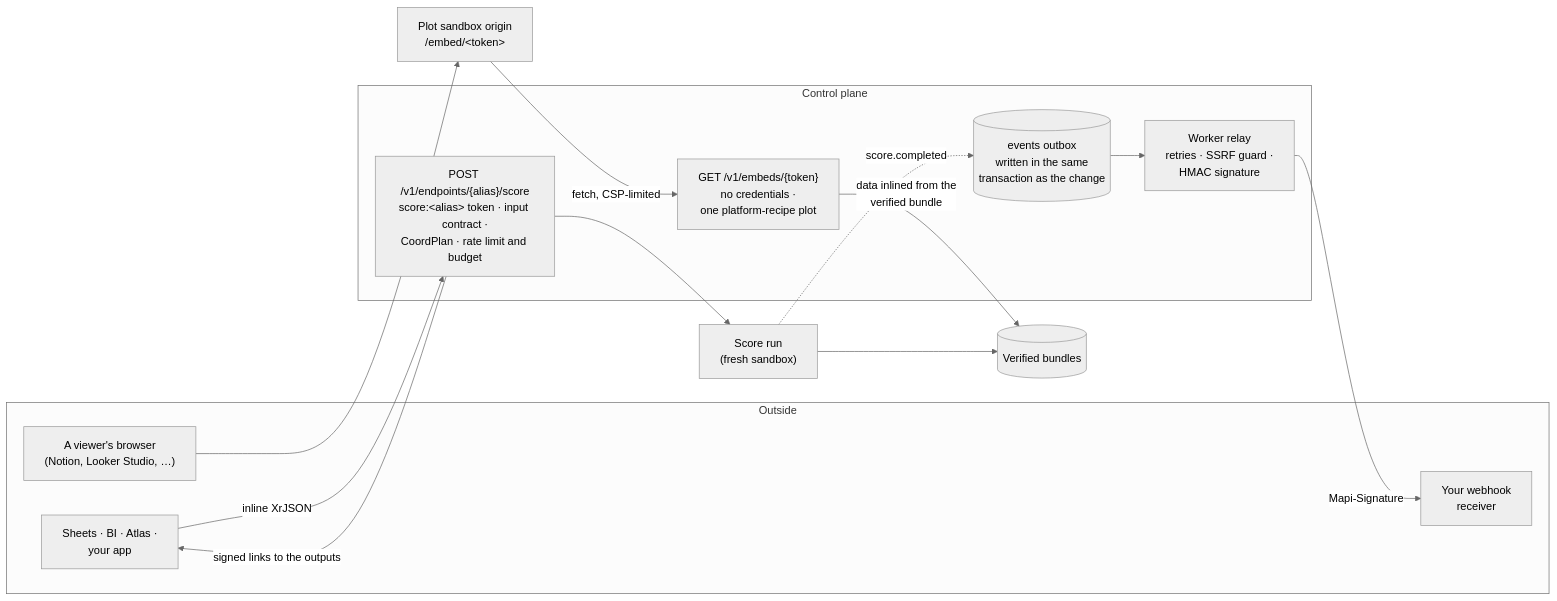
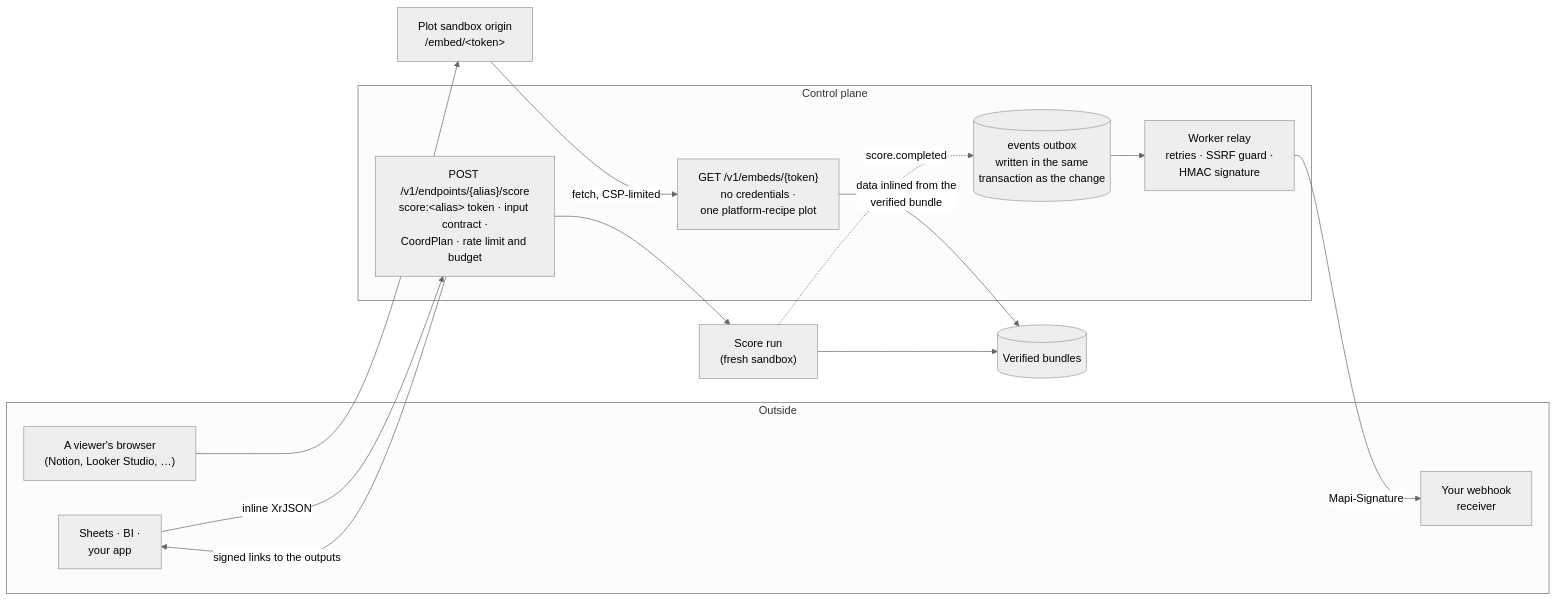
Before and after one commit to redam94/modeling-api: the sixth of 6 diagrams in docs/concepts/architecture.md, drawn with Mermaid (neutral theme). The commit also changed 31 other files, not shown here.

````diff
--- a/docs/concepts/architecture.md
+++ b/docs/concepts/architecture.md
@@ -220,24 +220,24 @@
 ```mermaid
 flowchart LR
     subgraph out["Outside"]
-        app["Sheets · BI · Atlas ·<br/>your app"]
+        app["Sheets · BI ·<br/>your app"]
         rcv["Your webhook<br/>receiver"]
         viewer["A viewer's browser<br/>(Notion, Looker Studio, …)"]
     end
     subgraph cp["Control plane"]
         ep["POST /v1/endpoints/{alias}/score<br/>score:&lt;alias&gt; token · input contract ·<br/>CoordPlan · rate limit and budget"]
         outbox[("events outbox<br/>written in the same<br/>transaction as the change")]
         relay["Worker relay<br/>retries · SSRF guard ·<br/>HMAC signature"]
         embed["GET /v1/embeds/{token}<br/>no credentials ·<br/>one platform-recipe plot"]
     end
     sb["Score run<br/>(fresh sandbox)"]
     bun[("Verified bundles")]
     page["Plot sandbox origin<br/>/embed/&lt;token&gt;"]
 
     app -->|"inline XrJSON"| ep --> sb --> bun
     ep -->|"signed links to the outputs"| app
     sb -. "score.completed" .-> outbox
     outbox --> relay -->|"Mapi-Signature"| rcv
     viewer --> page -->|"fetch, CSP-limited"| embed
     embed -->|"data inlined from the<br/>verified bundle"| bun
 ```
````
